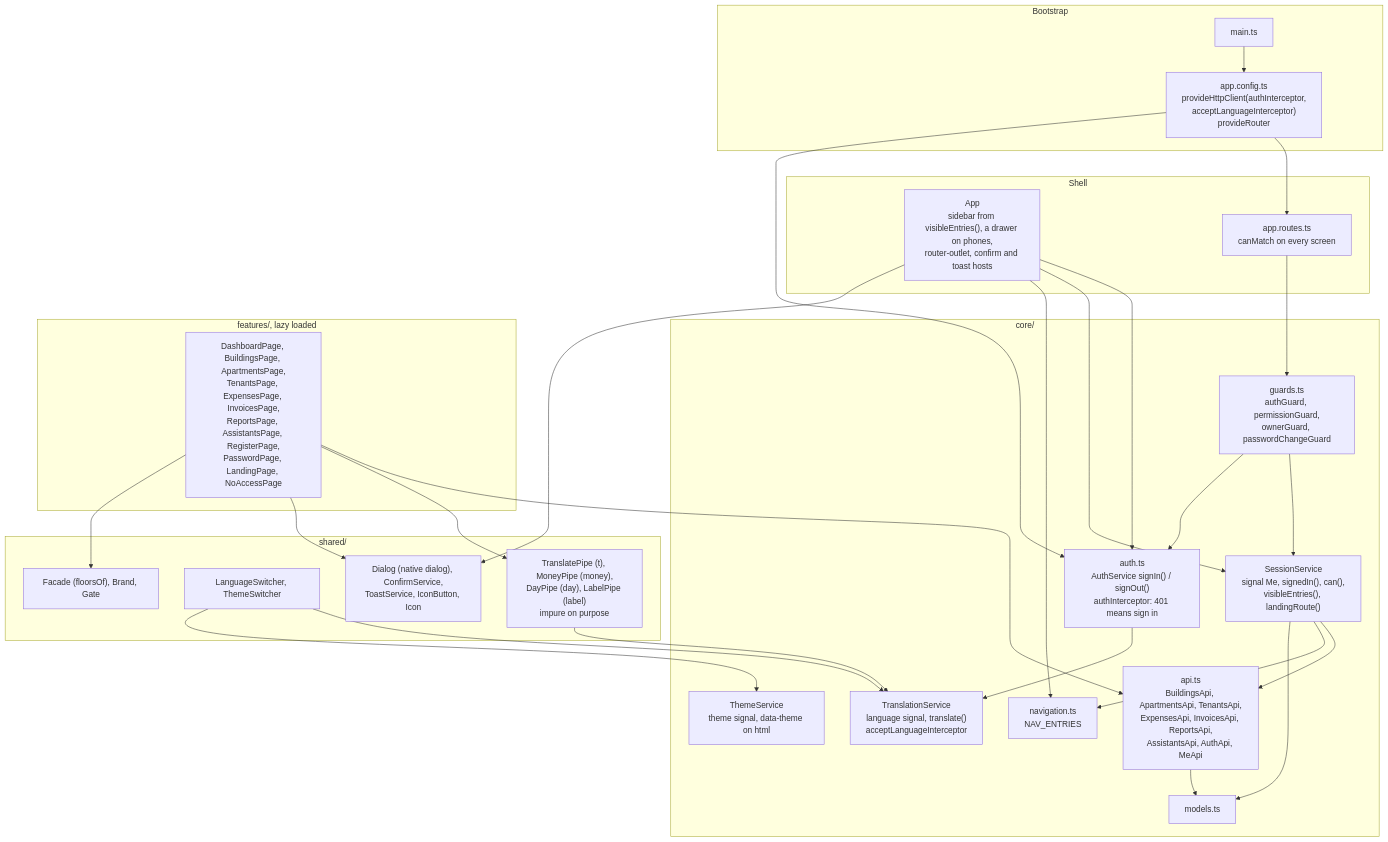
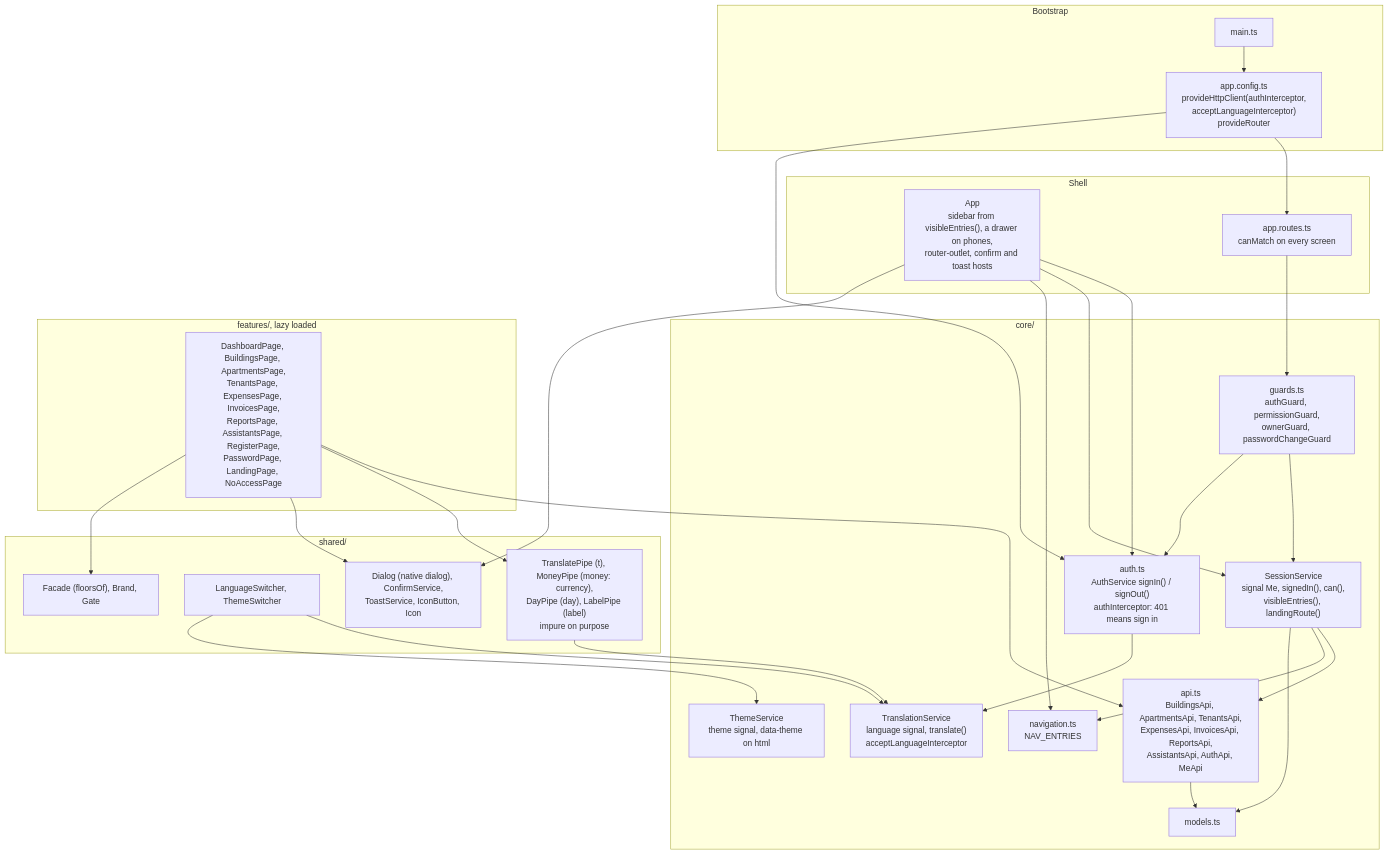
Before and after one commit to stephane-nganou/building-management-systems: the sixth of 19 diagrams in docs/ARCHITECTURE_DIAGRAMS.md, drawn with Mermaid. The commit also changed other lines of this file and 1 other file, not shown here.

Commit message:
BM-5: record currencies in the status and the diagrams

````diff
--- a/docs/ARCHITECTURE_DIAGRAMS.md
+++ b/docs/ARCHITECTURE_DIAGRAMS.md
@@ -502,57 +504,57 @@
 ```mermaid
 flowchart TB
     subgraph boot["Bootstrap"]
         main["main.ts"]
         appcfg["app.config.ts<br/>provideHttpClient(authInterceptor,<br/>acceptLanguageInterceptor)<br/>provideRouter"]
     end
 
     subgraph shell["Shell"]
         app["App<br/>sidebar from visibleEntries(), a drawer on phones,<br/>router-outlet, confirm and toast hosts"]
         routes["app.routes.ts<br/>canMatch on every screen"]
     end
 
     subgraph core["core/"]
         session["SessionService<br/>signal Me, signedIn(), can(),<br/>visibleEntries(), landingRoute()"]
         auth["auth.ts<br/>AuthService signIn() / signOut()<br/>authInterceptor: 401 means sign in"]
         guards["guards.ts<br/>authGuard, permissionGuard,<br/>ownerGuard, passwordChangeGuard"]
         api["api.ts<br/>BuildingsApi, ApartmentsApi, TenantsApi,<br/>ExpensesApi, InvoicesApi, ReportsApi,<br/>AssistantsApi, AuthApi, MeApi"]
         i18n["TranslationService<br/>language signal, translate()<br/>acceptLanguageInterceptor"]
         theme["ThemeService<br/>theme signal, data-theme on html"]
         nav["navigation.ts<br/>NAV_ENTRIES"]
         models["models.ts"]
     end
 
     subgraph features["features/, lazy loaded"]
         pages["DashboardPage, BuildingsPage, ApartmentsPage,<br/>TenantsPage, ExpensesPage, InvoicesPage,<br/>ReportsPage, AssistantsPage, RegisterPage,<br/>PasswordPage, LandingPage, NoAccessPage"]
     end
 
     subgraph sharedui["shared/"]
-        pipes["TranslatePipe (t), MoneyPipe (money),<br/>DayPipe (day), LabelPipe (label)<br/>impure on purpose"]
+        pipes["TranslatePipe (t), MoneyPipe (money: currency),<br/>DayPipe (day), LabelPipe (label)<br/>impure on purpose"]
         lang["LanguageSwitcher, ThemeSwitcher"]
         ui["Dialog (native dialog), ConfirmService,<br/>ToastService, IconButton, Icon"]
         look["Facade (floorsOf), Brand, Gate"]
     end
 
     main --> appcfg
     appcfg --> routes
     appcfg --> auth
     routes --> guards
     guards --> session
     guards --> auth
     auth --> i18n
     app --> auth
     app --> session
     app --> nav
     session --> api
     session --> nav
     pages --> api
     pages --> pipes
     pages --> ui
     pages --> look
     app --> ui
     pipes --> i18n
     lang --> i18n
     lang --> theme
     api --> models
     session --> models
 ```
````
